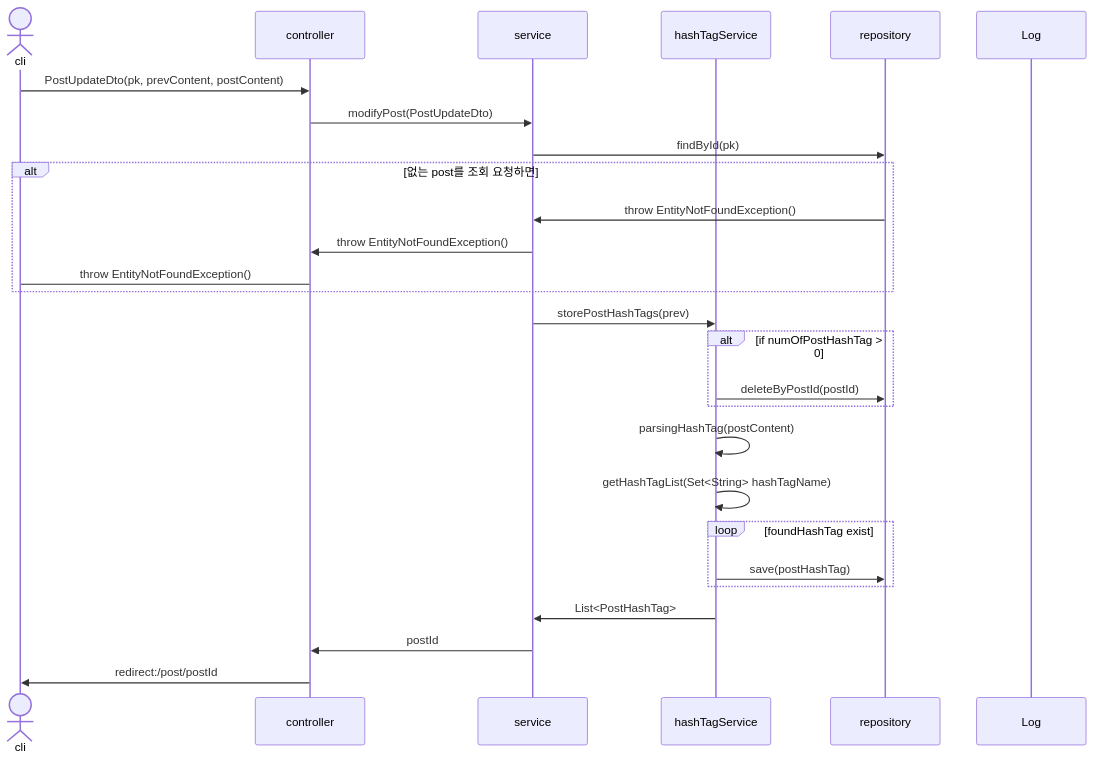
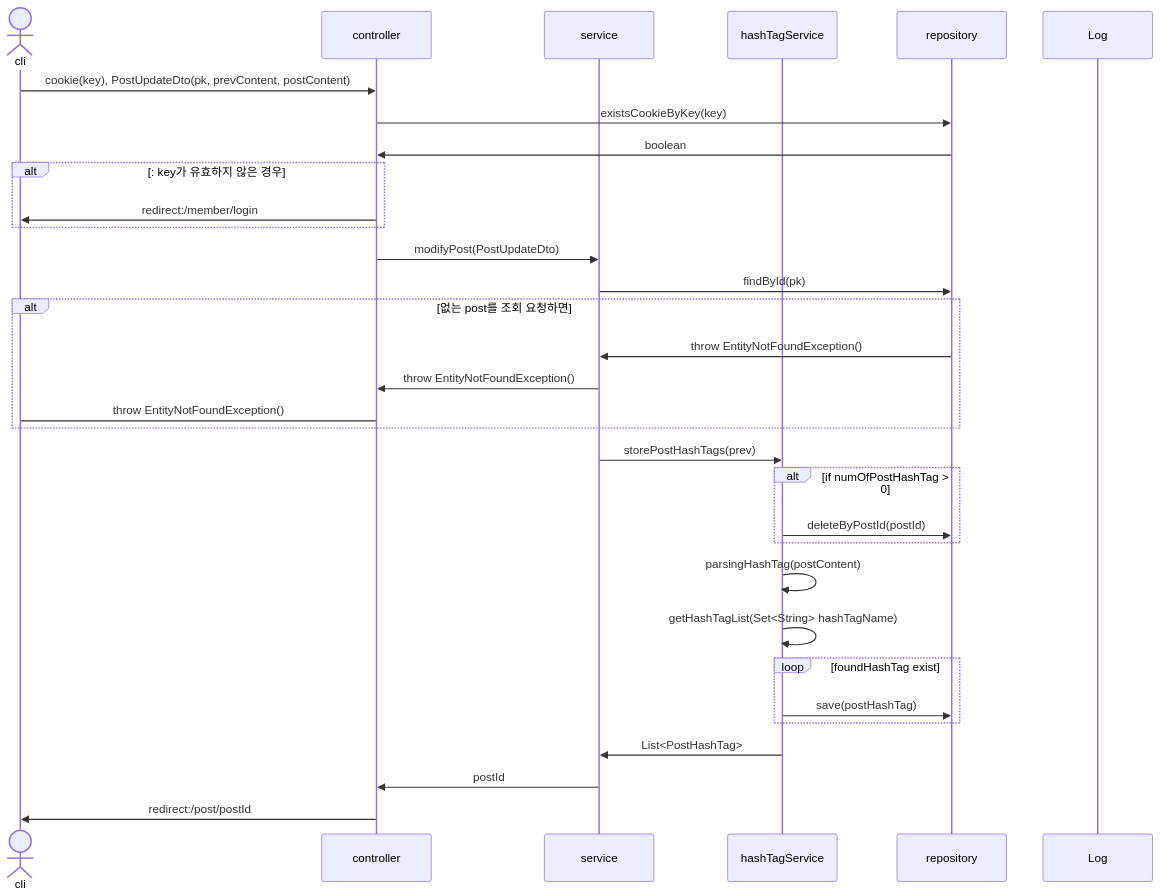
Before and after one commit to mtak0235/snsX: diagram 19 of 29 in sequence.md, drawn with Mermaid. The commit also changed other lines of this file, not shown here.

Commit message:
update updatePostForm & updatePost sequence diagram

````diff
--- a/sequence.md
+++ b/sequence.md
@@ -436,30 +442,35 @@
 ```mermaid
 sequenceDiagram
 actor cli
 participant c as controller
 participant s as service
 participant hashTagService
 participant r as repository
 participant l as Log
 
-cli->>c: PostUpdateDto(pk, prevContent, postContent)
+cli->>c: cookie(key), PostUpdateDto(pk, prevContent, postContent)
+c->>r: existsCookieByKey(key)
+r->>c: boolean
+alt: key가 유효하지 않은 경우
+c->>cli: redirect:/member/login
+end
 c->>s: modifyPost(PostUpdateDto)
 s->>r: findById(pk)
 alt 없는 post를 조회 요청하면
 r->>s: throw EntityNotFoundException()
 s->>c: throw EntityNotFoundException()
 c->cli: throw EntityNotFoundException()
 end
 s->>hashTagService: storePostHashTags(prev)
 alt if numOfPostHashTag > 0
 hashTagService->>r: deleteByPostId(postId)
 end
 hashTagService->>hashTagService: parsingHashTag(postContent)
 hashTagService->>hashTagService: getHashTagList(Set<String> hashTagName)
 loop foundHashTag exist
 hashTagService->>r: save(postHashTag) 
 end
 hashTagService->>s: List<PostHashTag>
 s->>c: postId
 c->>cli: redirect:/post/postId
 ```
````
